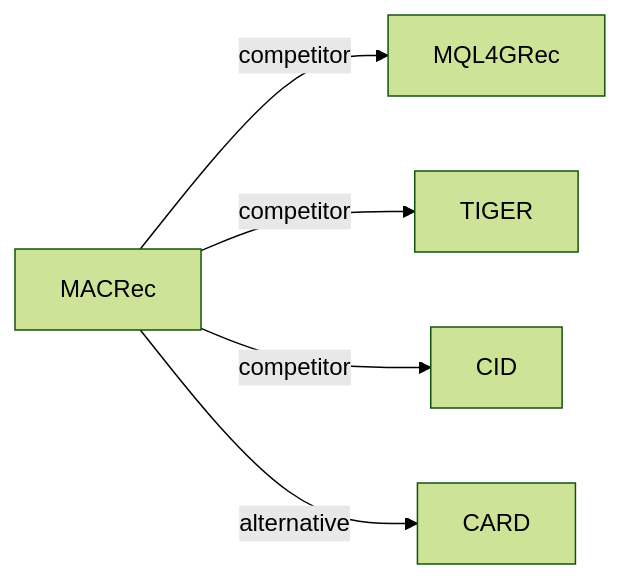
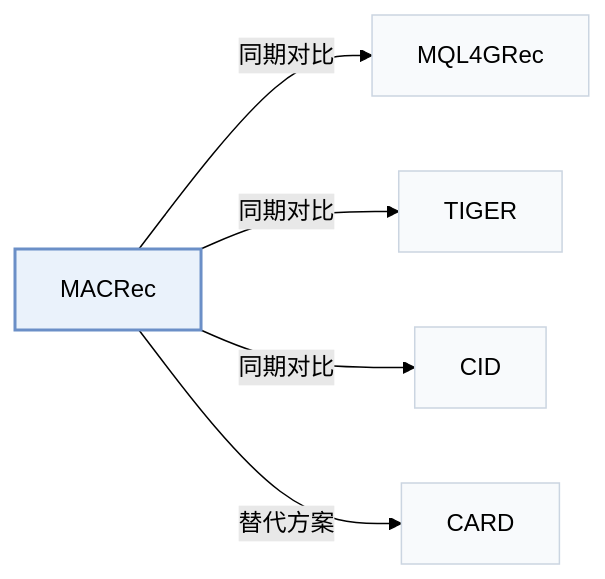
The third of 3 diagrams in pages/zh/papers/macrec.md (Galaxy-ghost/Awesome-SID-Generative-Rec), drawn with Mermaid (forest theme) before and after one commit. The commit also changed other lines of this file and 649 other files, not shown here.

Commit message:
writer-05: also tags and modality index (schema, check, build, visuals); summary field removed; calibration data for 12 papers

````diff
--- a/pages/zh/papers/macrec.md
+++ b/pages/zh/papers/macrec.md
@@ -135,8 +149,12 @@
 ```mermaid
 flowchart LR
     P["MACRec"]
-    P -->|competitor| A["MQL4GRec"]
-    P -->|competitor| B["TIGER"]
-    P -->|competitor| C["CID"]
-    P -->|alternative| D["CARD"]
+    P -->|"同期对比"| A["MQL4GRec"]
+    P -->|"同期对比"| B["TIGER"]
+    P -->|"同期对比"| C["CID"]
+    P -->|"替代方案"| D["CARD"]
+    classDef main fill:#eaf2fb,stroke:#6b8fc7,stroke-width:2px
+    classDef peer fill:#f8fafc,stroke:#cbd5e1
+    class P main
+    class A,B,C,D peer
 ```
````
